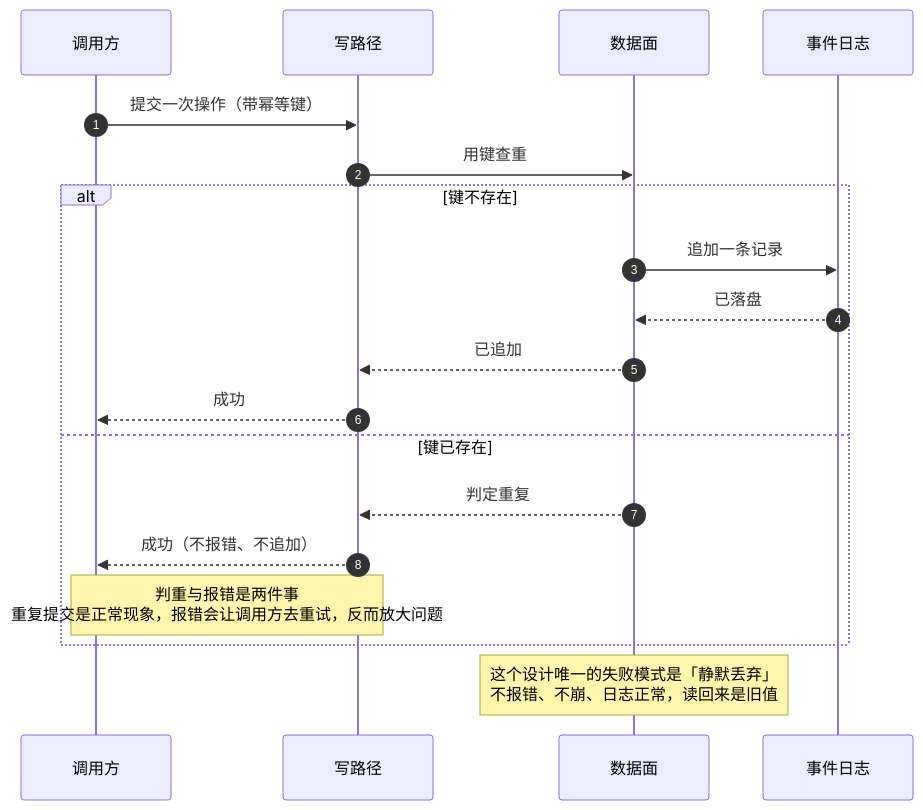
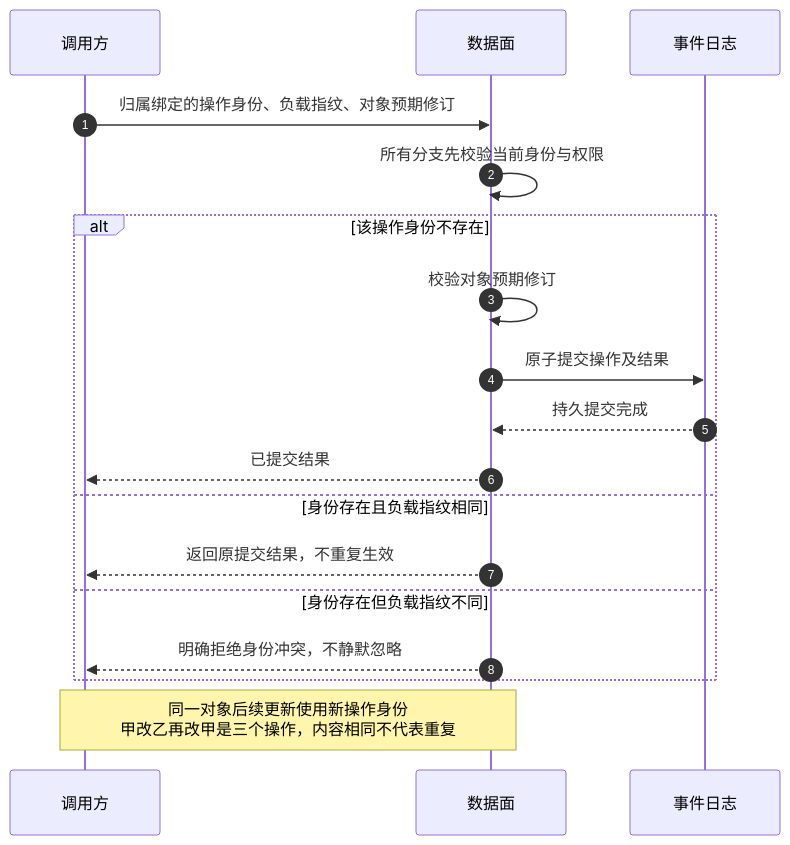
One commit to liruilong9999/memory changed the eighth of 21 diagrams in docs/docs_new/11-时序图与流程图集.md. Above: the diagram before and after it, drawn with Mermaid. The commit also changed other lines of this file and 13 other files, not shown here.

````diff
--- a/docs/docs_new/11-时序图与流程图集.md
+++ b/docs/docs_new/11-时序图与流程图集.md
@@ -377,22 +372,20 @@
 ```mermaid
 sequenceDiagram
     autonumber
     participant 调用 as 调用方
-    participant 写入 as 写路径
     participant 面 as 数据面
     participant 盘 as 事件日志
-
-    调用->>写入: 提交一次操作（带幂等键）
-    写入->>面: 用键查重
-    alt 键不存在
-        面->>盘: 追加一条记录
-        盘-->>面: 已落盘
-        面-->>写入: 已追加
-        写入-->>调用: 成功
-    else 键已存在
-        面-->>写入: 判定重复
-        写入-->>调用: 成功（不报错、不追加）
-        Note over 写入,调用: 判重与报错是两件事<br/>重复提交是正常现象，报错会让调用方去重试，反而放大问题
+    调用->>面: 归属绑定的操作身份、负载指纹、对象预期修订
+    面->>面: 所有分支先校验当前身份与权限
+    alt 该操作身份不存在
+        面->>面: 校验对象预期修订
+        面->>盘: 原子提交操作及结果
+        盘-->>面: 持久提交完成
+        面-->>调用: 已提交结果
+    else 身份存在且负载指纹相同
+        面-->>调用: 返回原提交结果，不重复生效
+    else 身份存在但负载指纹不同
+        面-->>调用: 明确拒绝身份冲突，不静默忽略
     end
-    Note over 面: 这个设计唯一的失败模式是「静默丢弃」<br/>不报错、不崩、日志正常，读回来是旧值
+    Note over 调用,面: 同一对象后续更新使用新操作身份<br/>甲改乙再改甲是三个操作，内容相同不代表重复
 ```
````
